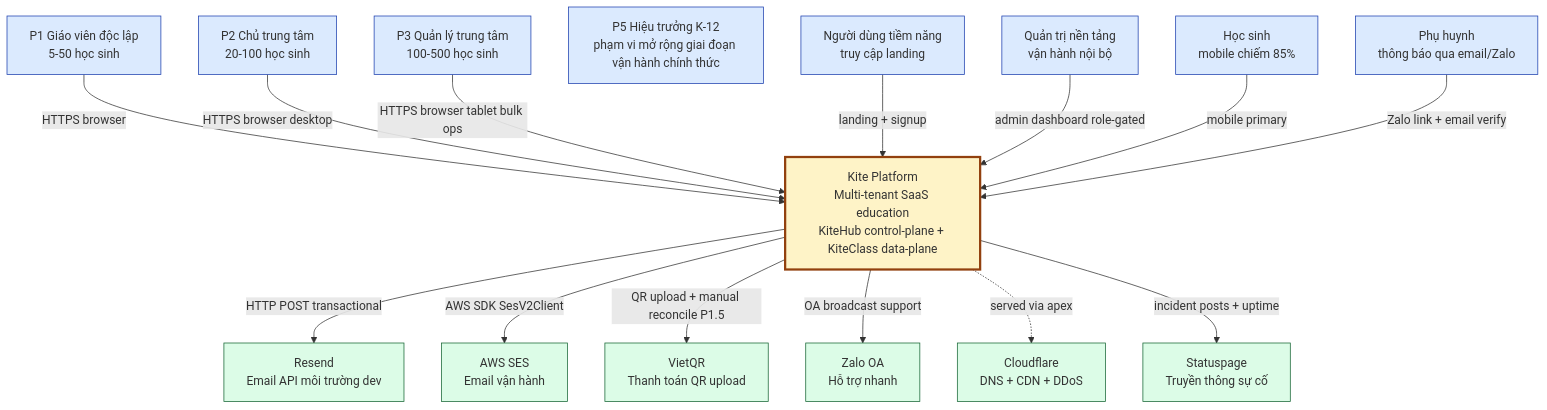
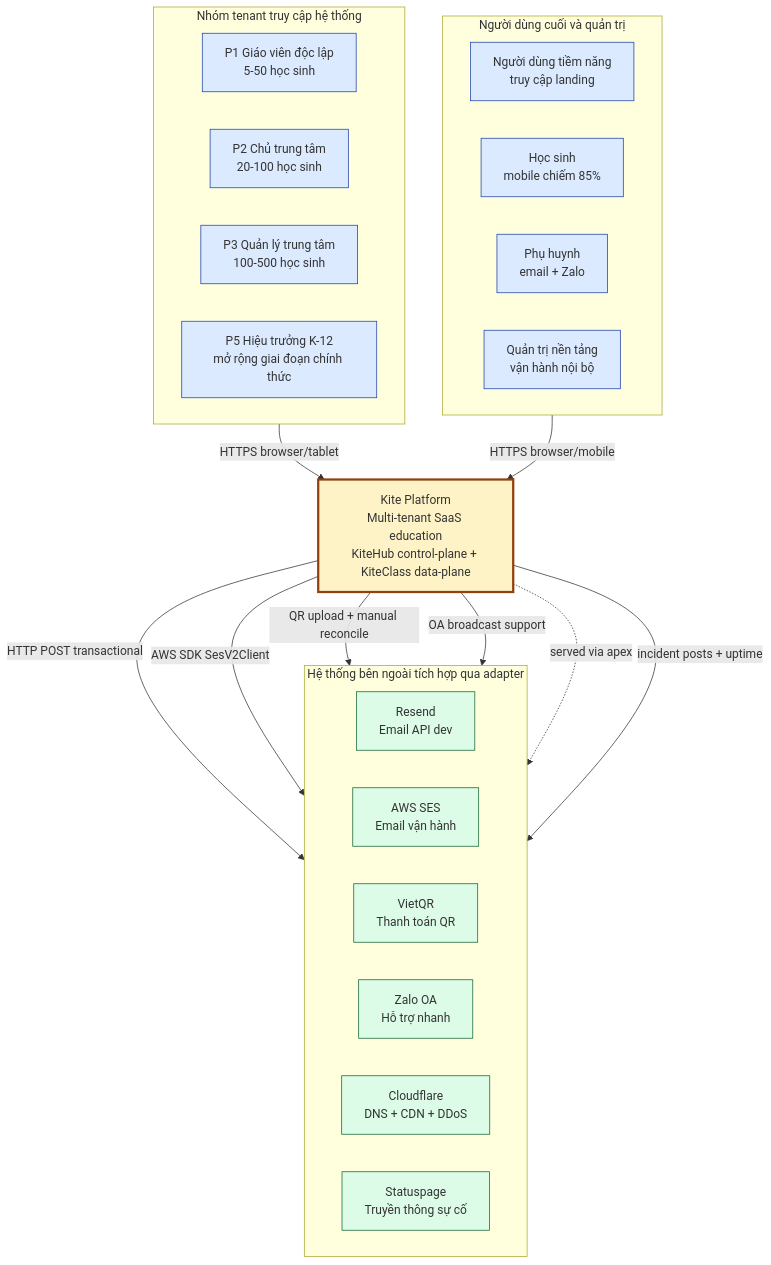
One commit to VictorAurelius/2026-Kite-Class-Platform changed the first of 10 diagrams in documents/08-thesis/chapter-2-system-architecture.md. Above: the diagram before and after it, drawn with Mermaid. The commit also changed other lines of this file and 24 other files, not shown here.

````diff
--- a/documents/08-thesis/chapter-2-system-architecture.md
+++ b/documents/08-thesis/chapter-2-system-architecture.md
@@ -195,42 +195,47 @@
 ```mermaid
 flowchart TB
-    P1[P1 Giáo viên độc lập<br/>5-50 học sinh]
-    P2[P2 Chủ trung tâm<br/>20-100 học sinh]
-    P3[P3 Quản lý trung tâm<br/>100-500 học sinh]
-    P5[P5 Hiệu trưởng K-12<br/>phạm vi mở rộng giai đoạn vận hành chính thức]
-    Vy[Người dùng tiềm năng<br/>truy cập landing]
-    Admin[Quản trị nền tảng<br/>vận hành nội bộ]
-    Student[Học sinh<br/>mobile chiếm 85%]
-    Parent[Phụ huynh<br/>thông báo qua email/Zalo]
+    subgraph tenants [Nhóm tenant truy cập hệ thống]
+        direction LR
+        P1[P1 Giáo viên độc lập<br/>5-50 học sinh]
+        P2[P2 Chủ trung tâm<br/>20-100 học sinh]
+        P3[P3 Quản lý trung tâm<br/>100-500 học sinh]
+        P5[P5 Hiệu trưởng K-12<br/>mở rộng giai đoạn chính thức]
+    end
+
+    subgraph endusers [Người dùng cuối và quản trị]
+        direction LR
+        Vy[Người dùng tiềm năng<br/>truy cập landing]
+        Student[Học sinh<br/>mobile chiếm 85%]
+        Parent[Phụ huynh<br/>email + Zalo]
+        Admin[Quản trị nền tảng<br/>vận hành nội bộ]
+    end
 
     Kite[Kite Platform<br/>Multi-tenant SaaS education<br/>KiteHub control-plane + KiteClass data-plane]
 
-    Resend[Resend<br/>Email API môi trường dev]
-    SES[AWS SES<br/>Email vận hành]
-    VietQR[VietQR<br/>Thanh toán QR upload]
-    Zalo[Zalo OA<br/>Hỗ trợ nhanh]
-    CF[Cloudflare<br/>DNS + CDN + DDoS]
-    Status[Statuspage<br/>Truyền thông sự cố]
+    subgraph ext [Hệ thống bên ngoài tích hợp qua adapter]
+        direction LR
+        Resend[Resend<br/>Email API dev]
+        SES[AWS SES<br/>Email vận hành]
+        VietQR[VietQR<br/>Thanh toán QR]
+        Zalo[Zalo OA<br/>Hỗ trợ nhanh]
+        CF[Cloudflare<br/>DNS + CDN + DDoS]
+        Status[Statuspage<br/>Truyền thông sự cố]
+    end
 
-    P1 -->|HTTPS browser| Kite
-    P2 -->|HTTPS browser desktop| Kite
-    P3 -->|HTTPS browser tablet bulk ops| Kite
-    Vy -->|landing + signup| Kite
-    Admin -->|admin dashboard role-gated| Kite
-    Student -->|mobile primary| Kite
-    Parent -->|Zalo link + email verify| Kite
+    tenants -->|HTTPS browser/tablet| Kite
+    endusers -->|HTTPS browser/mobile| Kite
 
     Kite -->|HTTP POST transactional| Resend
     Kite -->|AWS SDK SesV2Client| SES
-    Kite -->|QR upload + manual reconcile P1.5| VietQR
+    Kite -->|QR upload + manual reconcile| VietQR
     Kite -->|OA broadcast support| Zalo
     Kite -.->|served via apex| CF
     Kite -->|incident posts + uptime| Status
 
     classDef actor fill:#dbeafe,stroke:#1e40af
     classDef system fill:#fef3c7,stroke:#92400e,stroke-width:3px
     classDef external fill:#dcfce7,stroke:#166534
     class P1,P2,P3,P5,Vy,Admin,Student,Parent actor
     class Kite system
     class Resend,SES,VietQR,Zalo,CF,Status external
 ```
````
